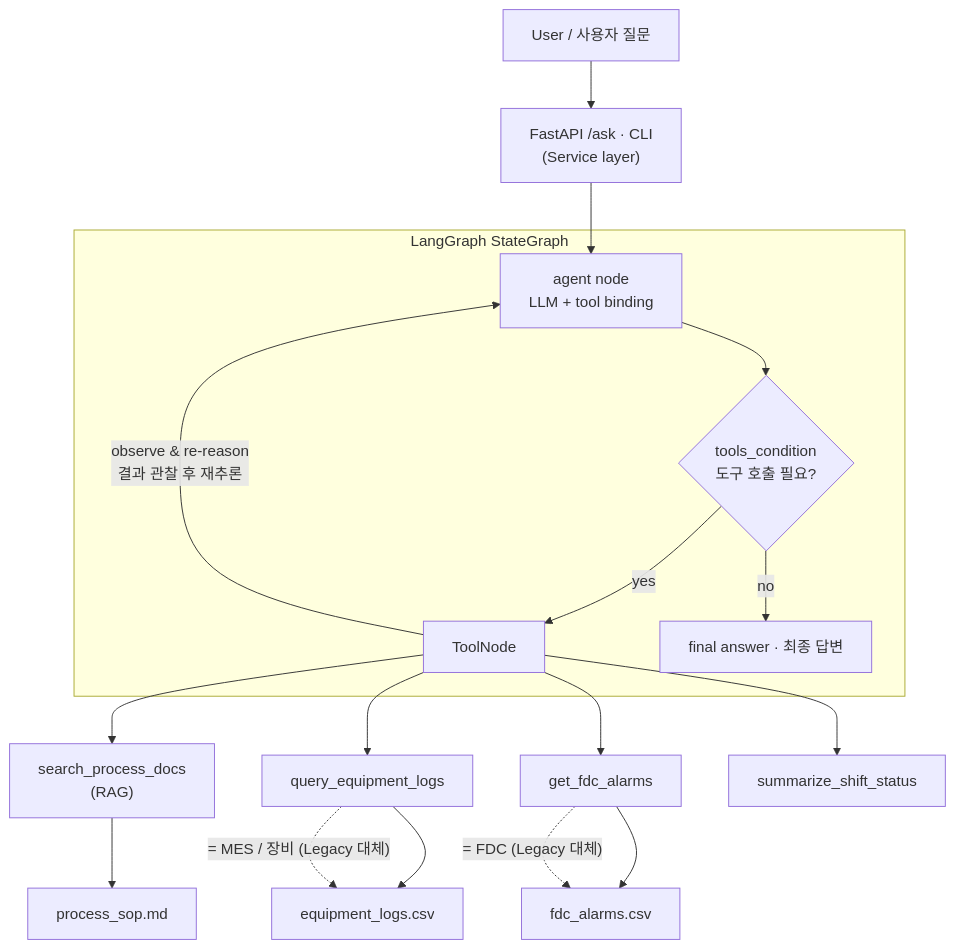
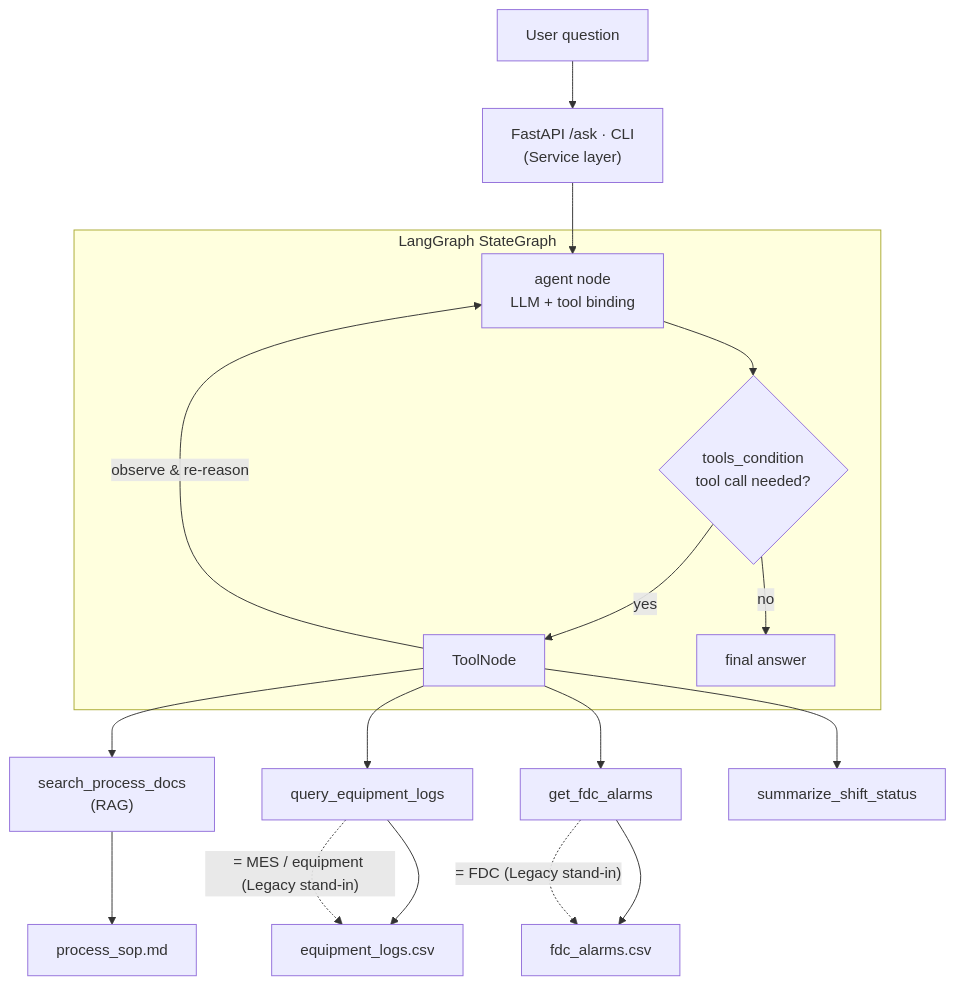
Before and after one commit to coldclosewin-design/manufacturing-ai-agent: the first of 3 diagrams in README.md, drawn with Mermaid. The commit also changed other lines of this file and 1 other file, not shown here.

````diff
--- a/README.md
+++ b/README.md
@@ -31,26 +29,26 @@
 ```mermaid
 flowchart TD
-    U["User / 사용자 질문"] --> SVC["FastAPI /ask · CLI<br/>(Service layer)"]
+    U["User question"] --> SVC["FastAPI /ask · CLI<br/>(Service layer)"]
     SVC --> AG
 
     subgraph GRAPH["LangGraph StateGraph"]
         AG["agent node<br/>LLM + tool binding"]
-        COND{"tools_condition<br/>도구 호출 필요?"}
+        COND{"tools_condition<br/>tool call needed?"}
         TOOLS["ToolNode"]
         AG --> COND
         COND -- "yes" --> TOOLS
-        TOOLS -- "observe & re-reason<br/>결과 관찰 후 재추론" --> AG
-        COND -- "no" --> FIN["final answer · 최종 답변"]
+        TOOLS -- "observe & re-reason" --> AG
+        COND -- "no" --> FIN["final answer"]
     end
 
     TOOLS --> T1["search_process_docs<br/>(RAG)"]
     TOOLS --> T2["query_equipment_logs"]
     TOOLS --> T3["get_fdc_alarms"]
     TOOLS --> T4["summarize_shift_status"]
 
     T1 --> D1["process_sop.md"]
     T2 --> D2["equipment_logs.csv"]
     T3 --> D3["fdc_alarms.csv"]
-    T2 -. "= MES / 장비 (Legacy 대체)" .-> D2
-    T3 -. "= FDC (Legacy 대체)" .-> D3
+    T2 -. "= MES / equipment (Legacy stand-in)" .-> D2
+    T3 -. "= FDC (Legacy stand-in)" .-> D3
 ```
````
